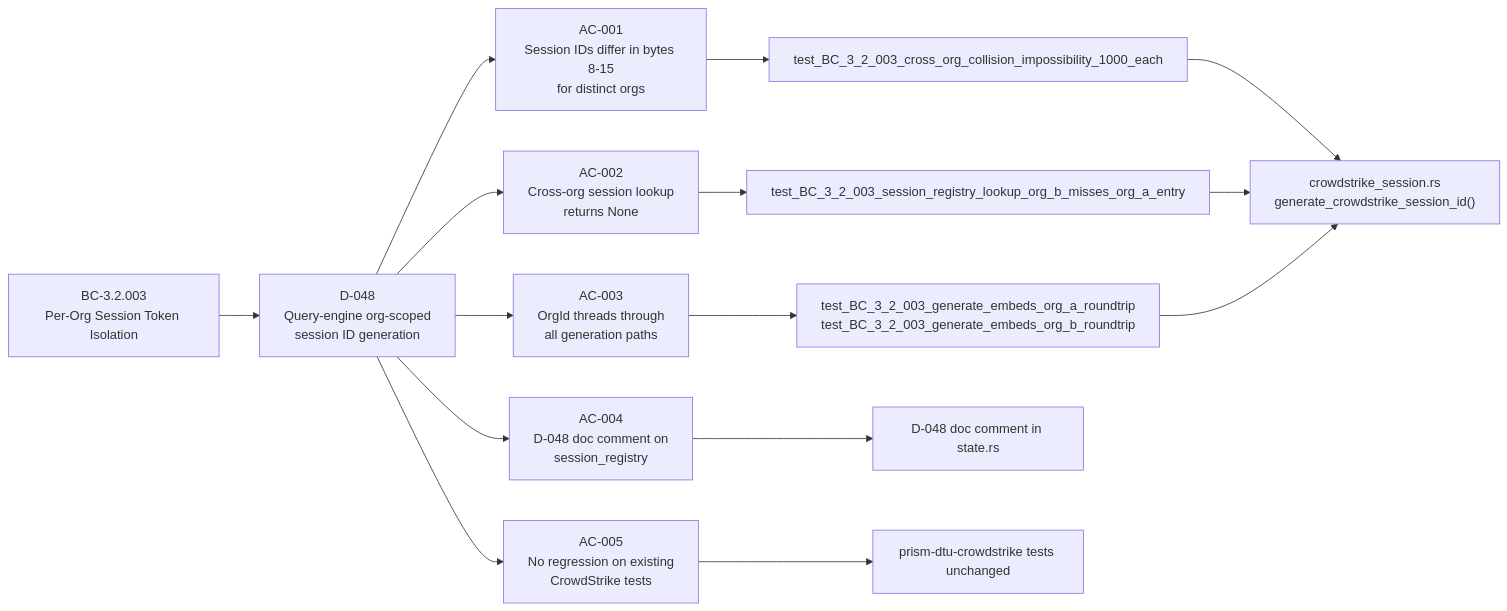
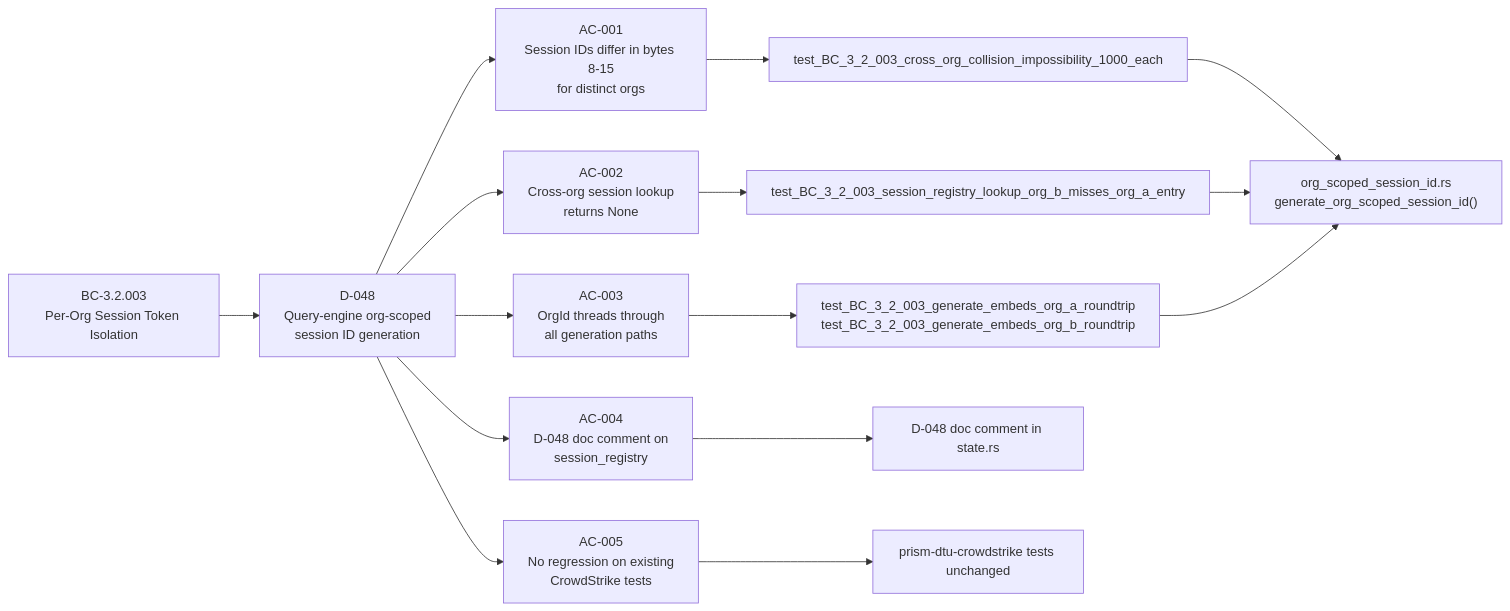
One commit to drbothen/prism changed the third of 5 diagrams in code-delivery/S-3.2.08/pr-description.md. Above: the diagram before and after it, drawn with Mermaid. The commit also changed other lines of this file and 39 other files, not shown here.

````diff
--- a/code-delivery/S-3.2.08/pr-description.md
+++ b/code-delivery/S-3.2.08/pr-description.md
@@ -94,24 +94,24 @@
 ```mermaid
 flowchart LR
     BC["BC-3.2.003\nPer-Org Session Token Isolation"]
     D048["D-048\nQuery-engine org-scoped\nsession ID generation"]
     AC1["AC-001\nSession IDs differ in bytes 8-15\nfor distinct orgs"]
     AC2["AC-002\nCross-org session lookup\nreturns None"]
     AC3["AC-003\nOrgId threads through\nall generation paths"]
     AC4["AC-004\nD-048 doc comment on\nsession_registry"]
     AC5["AC-005\nNo regression on existing\nCrowdStrike tests"]
     T1["test_BC_3_2_003_cross_org_collision_impossibility_1000_each"]
     T2["test_BC_3_2_003_session_registry_lookup_org_b_misses_org_a_entry"]
     T3["test_BC_3_2_003_generate_embeds_org_a_roundtrip\ntest_BC_3_2_003_generate_embeds_org_b_roundtrip"]
     T4["D-048 doc comment in state.rs"]
     T5["prism-dtu-crowdstrike tests unchanged"]
-    S1["crowdstrike_session.rs\ngenerate_crowdstrike_session_id()"]
+    S1["org_scoped_session_id.rs\ngenerate_org_scoped_session_id()"]
 
     BC --> D048
     D048 --> AC1 & AC2 & AC3 & AC4 & AC5
     AC1 --> T1 --> S1
     AC2 --> T2 --> S1
     AC3 --> T3 --> S1
     AC4 --> T4
     AC5 --> T5
 ```
````
